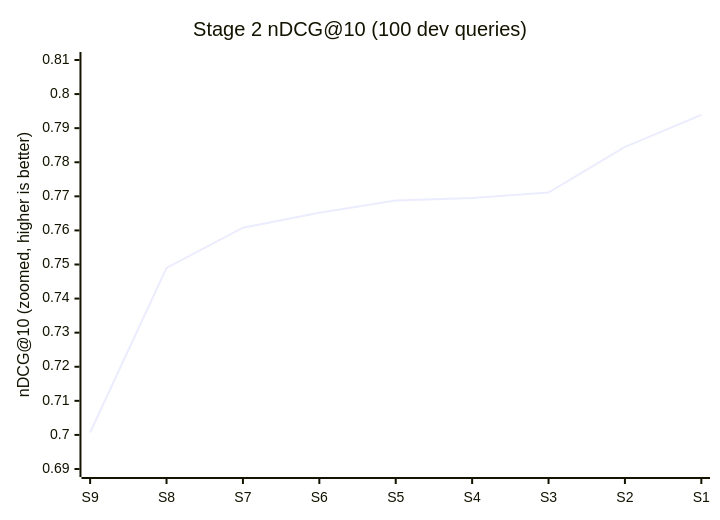
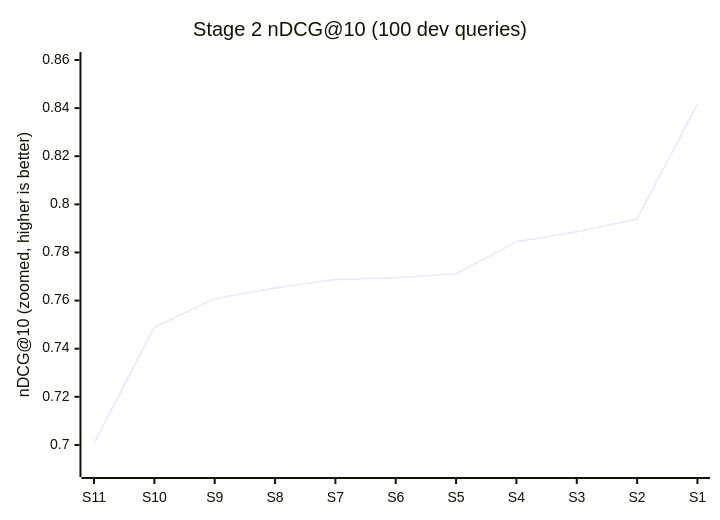
The third of 3 diagrams in docs/06-charts.md (sidagarwal-labs/arxiv-search), drawn with Mermaid before and after one commit. The commit also changed other lines of this file and 8 other files, not shown here.

Commit message:
Refresh research documentation and D50 charts

````diff
--- a/docs/06-charts.md
+++ b/docs/06-charts.md
@@ -61,7 +68,7 @@
 ```mermaid
 xychart-beta
     title "Stage 2 nDCG@10 (100 dev queries)"
-    x-axis [S9, S8, S7, S6, S5, S4, S3, S2, S1]
-    y-axis "nDCG@10 (zoomed, higher is better)" 0.69 --> 0.81
-    line [0.7007, 0.7490, 0.7608, 0.7652, 0.7688, 0.7695, 0.7711, 0.7845, 0.7939]
+    x-axis [S11, S10, S9, S8, S7, S6, S5, S4, S3, S2, S1]
+    y-axis "nDCG@10 (zoomed, higher is better)" 0.69 --> 0.86
+    line [0.7007, 0.7490, 0.7608, 0.7652, 0.7688, 0.7695, 0.7711, 0.7845, 0.7886, 0.7939, 0.8418]
 ```
````
